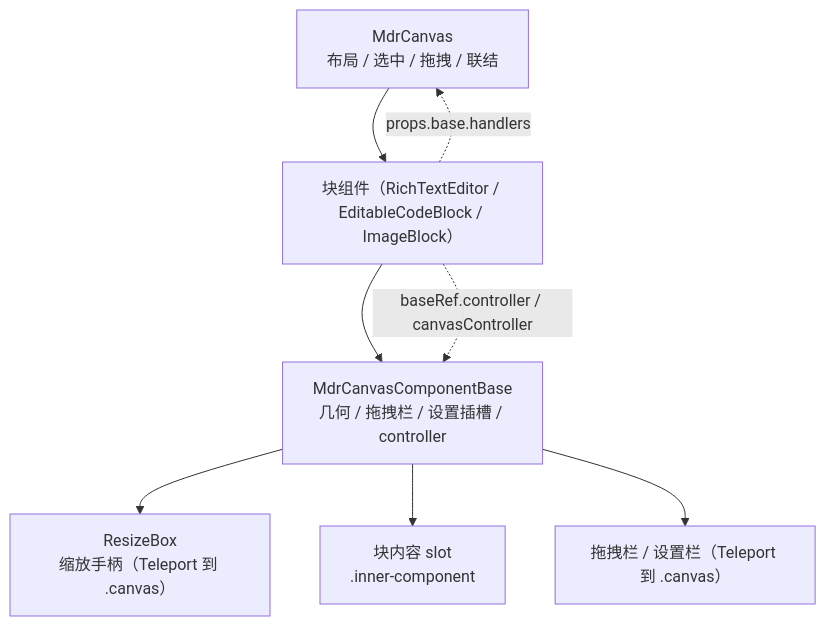
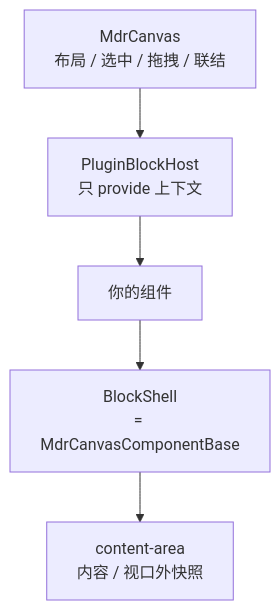
The diagram in src/docs/components/README.md (LogicAurora/Mindrizzle), drawn with Mermaid before and after one commit. The commit also changed other lines of this file and 35 other files, not shown here.

````diff
--- a/src/docs/components/README.md
+++ b/src/docs/components/README.md
@@ -9,10 +20,7 @@
 ```mermaid
 flowchart TD
-  MC["MdrCanvas<br/>布局 / 选中 / 拖拽 / 联结"] --> C["块组件（RichTextEditor / EditableCodeBlock / ImageBlock）"]
-  C --> B["MdrCanvasComponentBase<br/>几何 / 拖拽栏 / 设置插槽 / controller"]
-  B --> RB["ResizeBox<br/>缩放手柄（Teleport 到 .canvas）"]
-  B --> SLOT["块内容 slot<br/>.inner-component"]
-  B --> FLOAT["拖拽栏 / 设置栏（Teleport 到 .canvas）"]
-  C -.->|"props.base.handlers"| MC
-  C -.->|"baseRef.controller / canvasController"| B
+  MC["MdrCanvas<br/>布局 / 选中 / 拖拽 / 联结"] --> H["PluginBlockHost<br/>只 provide 上下文"]
+  H --> C["你的组件"]
+  C --> B["BlockShell<br/>= MdrCanvasComponentBase"]
+  B --> S["content-area<br/>内容 / 视口外快照"]
 ```
````
